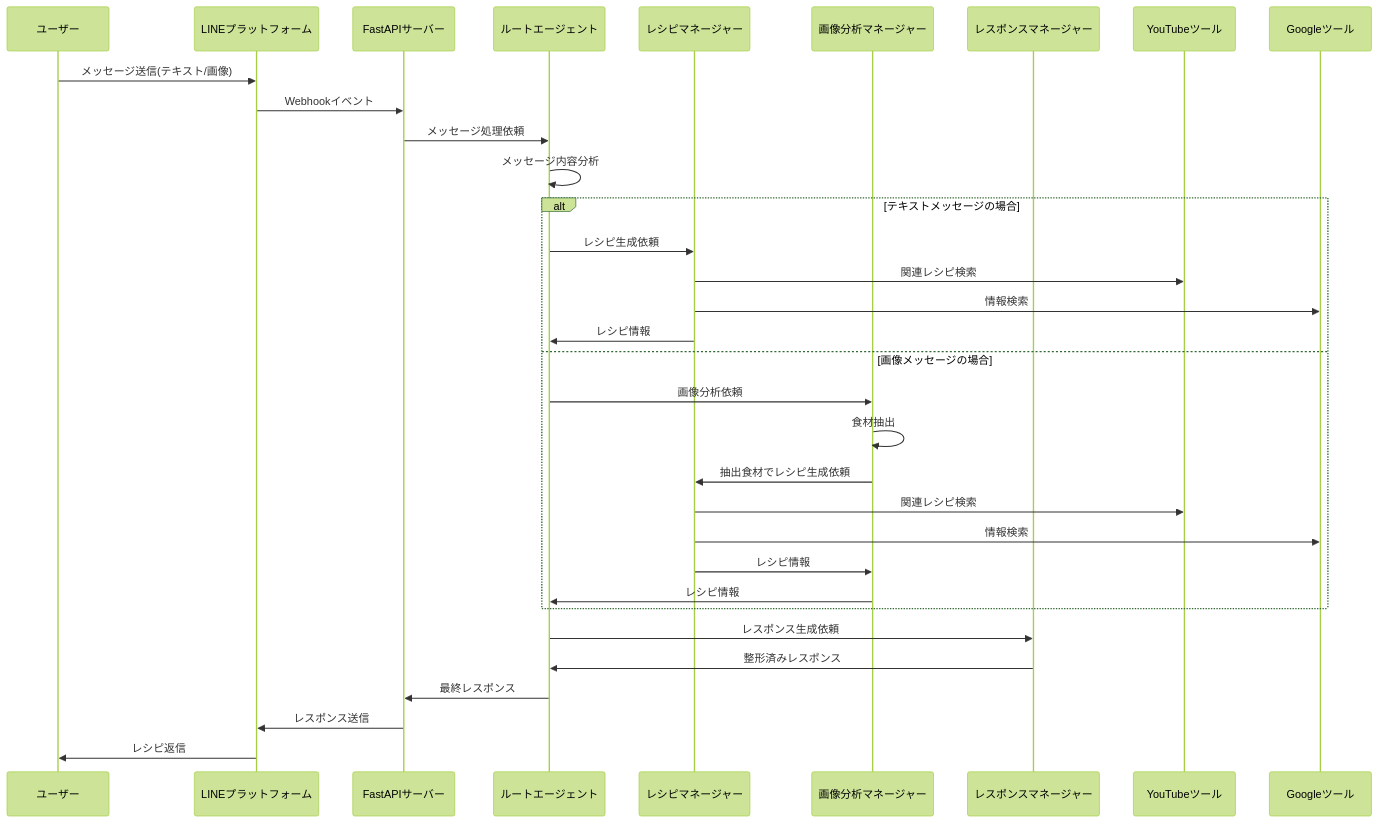
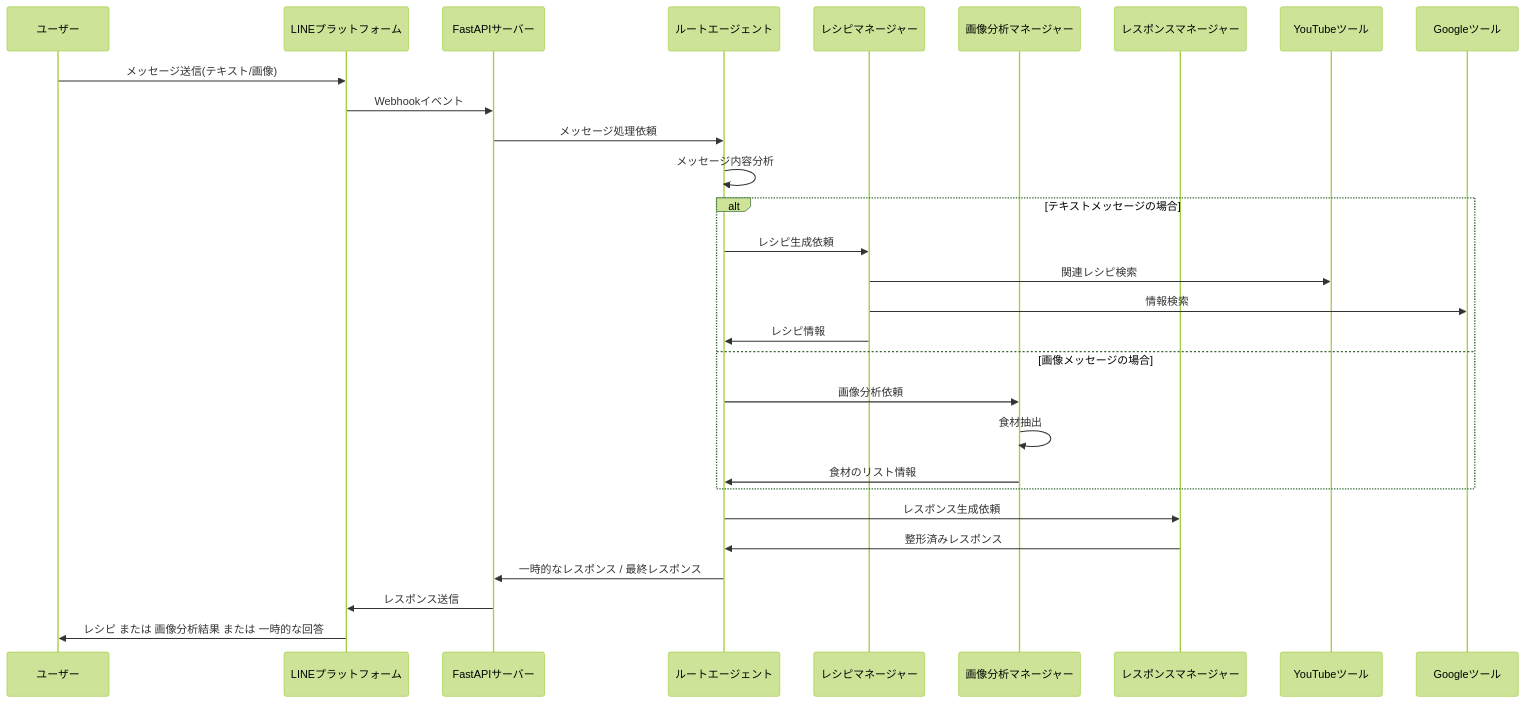
The first of 2 diagrams in README.md (Antonnion/zenn-ai-hackathon), drawn with Mermaid (forest theme) before and after one commit. The commit also changed other lines of this file, not shown here.

Commit message:
fix: シーケンス図を修正

````diff
--- a/README.md
+++ b/README.md
@@ -110,38 +110,34 @@
 ```mermaid
 sequenceDiagram
     participant ユーザー
     participant LINEプラットフォーム
     participant FastAPIサーバー
     participant ルートエージェント
     participant レシピマネージャー
     participant 画像分析マネージャー
     participant レスポンスマネージャー
     participant YouTubeツール
     participant Googleツール
 
     ユーザー->>LINEプラットフォーム: メッセージ送信(テキスト/画像)
     LINEプラットフォーム->>FastAPIサーバー: Webhookイベント
     FastAPIサーバー->>ルートエージェント: メッセージ処理依頼
     ルートエージェント->>ルートエージェント: メッセージ内容分析
 
     alt テキストメッセージの場合
         ルートエージェント->>レシピマネージャー: レシピ生成依頼
         レシピマネージャー->>YouTubeツール: 関連レシピ検索
         レシピマネージャー->>Googleツール: 情報検索
         レシピマネージャー->>ルートエージェント: レシピ情報
     else 画像メッセージの場合
         ルートエージェント->>画像分析マネージャー: 画像分析依頼
         画像分析マネージャー->>画像分析マネージャー: 食材抽出
-        画像分析マネージャー->>レシピマネージャー: 抽出食材でレシピ生成依頼
-        レシピマネージャー->>YouTubeツール: 関連レシピ検索
-        レシピマネージャー->>Googleツール: 情報検索
-        レシピマネージャー->>画像分析マネージャー: レシピ情報
-        画像分析マネージャー->>ルートエージェント: レシピ情報
+        画像分析マネージャー->>ルートエージェント: 食材のリスト情報
     end
 
     ルートエージェント->>レスポンスマネージャー: レスポンス生成依頼
     レスポンスマネージャー->>ルートエージェント: 整形済みレスポンス
-    ルートエージェント->>FastAPIサーバー: 最終レスポンス
+    ルートエージェント->>FastAPIサーバー: 一時的なレスポンス / 最終レスポンス
     FastAPIサーバー->>LINEプラットフォーム: レスポンス送信
-    LINEプラットフォーム->>ユーザー: レシピ返信
+    LINEプラットフォーム->>ユーザー: レシピ または 画像分析結果 または 一時的な回答
 ```
````
